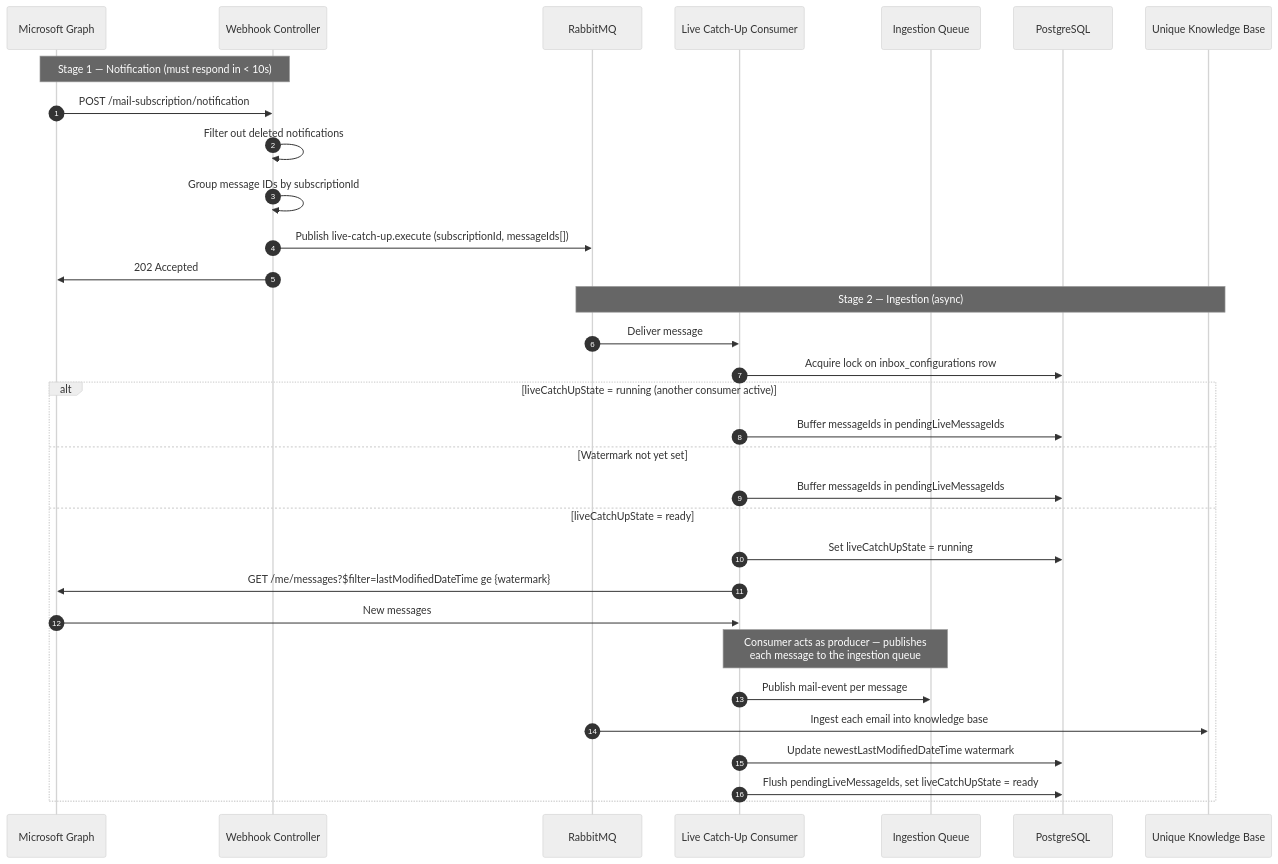
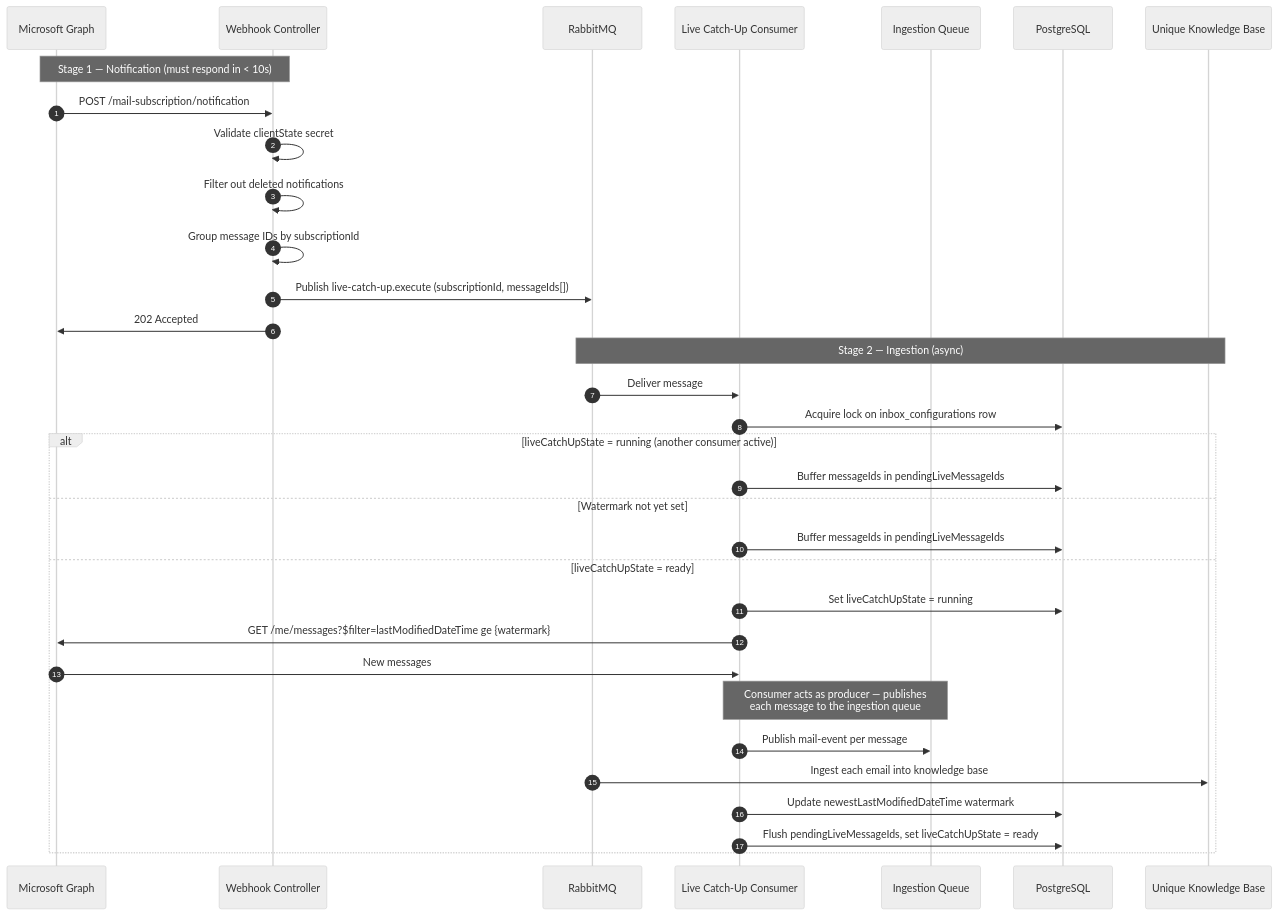
One commit to Unique-AG/connectors changed the diagram in services/outlook-semantic-mcp/docs/technical/live-catchup.md. Above: the diagram before and after it, drawn with Mermaid. The commit also changed other lines of this file and 3 other files, not shown here.

````diff
--- a/services/outlook-semantic-mcp/docs/technical/live-catchup.md
+++ b/services/outlook-semantic-mcp/docs/technical/live-catchup.md
@@ -12,37 +12,38 @@
 ```mermaid
 %%{init: {'theme': 'neutral', 'themeVariables': { 'fontSize': '14px' }}}%%
 sequenceDiagram
     autonumber
     participant MSGraph as Microsoft Graph
     participant Controller as Webhook Controller
     participant AMQP as RabbitMQ
     participant Consumer as Live Catch-Up Consumer
     participant Ingestion as Ingestion Queue
     participant DB as PostgreSQL
     participant UniqueKB as Unique Knowledge Base
 
     Note over MSGraph,Controller: Stage 1 — Notification (must respond in < 10s)
     MSGraph->>Controller: POST /mail-subscription/notification
+    Controller->>Controller: Validate clientState secret
     Controller->>Controller: Filter out deleted notifications
     Controller->>Controller: Group message IDs by subscriptionId
     Controller->>AMQP: Publish live-catch-up.execute (subscriptionId, messageIds[])
     Controller->>MSGraph: 202 Accepted
 
     Note over AMQP,UniqueKB: Stage 2 — Ingestion (async)
     AMQP->>Consumer: Deliver message
     Consumer->>DB: Acquire lock on inbox_configurations row
     alt liveCatchUpState = running (another consumer active)
         Consumer->>DB: Buffer messageIds in pendingLiveMessageIds
     else Watermark not yet set
         Consumer->>DB: Buffer messageIds in pendingLiveMessageIds
     else liveCatchUpState = ready
         Consumer->>DB: Set liveCatchUpState = running
         Consumer->>MSGraph: GET /me/messages?$filter=lastModifiedDateTime ge {watermark}
         MSGraph->>Consumer: New messages
         Note over Consumer,Ingestion: Consumer acts as producer — publishes<br/>each message to the ingestion queue
         Consumer->>Ingestion: Publish mail-event per message
         AMQP->>UniqueKB: Ingest each email into knowledge base
         Consumer->>DB: Update newestLastModifiedDateTime watermark
         Consumer->>DB: Flush pendingLiveMessageIds, set liveCatchUpState = ready
     end
 ```
````
